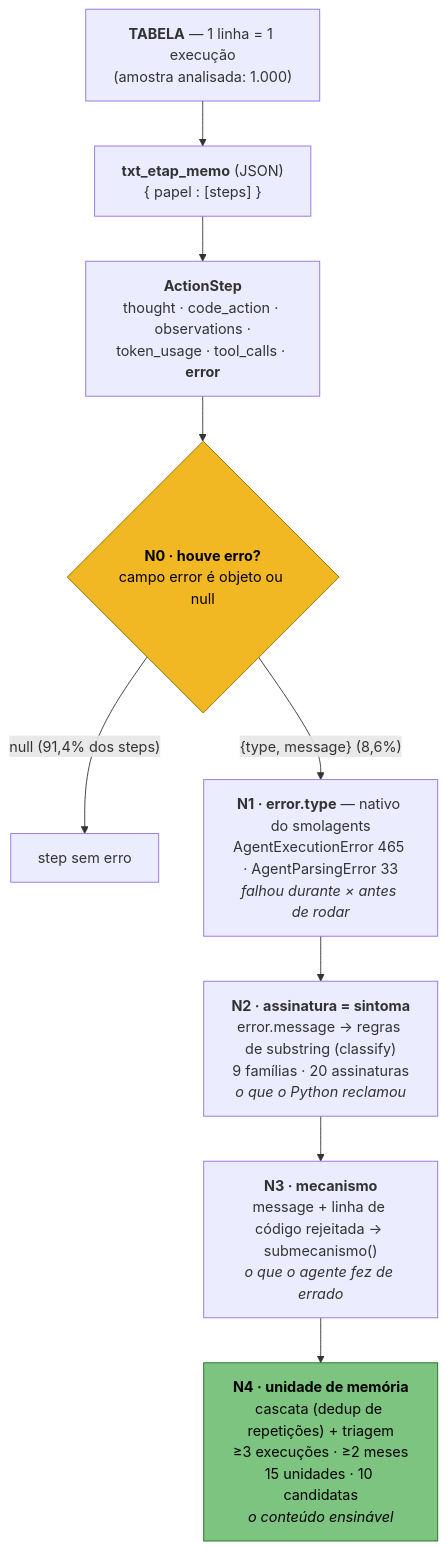
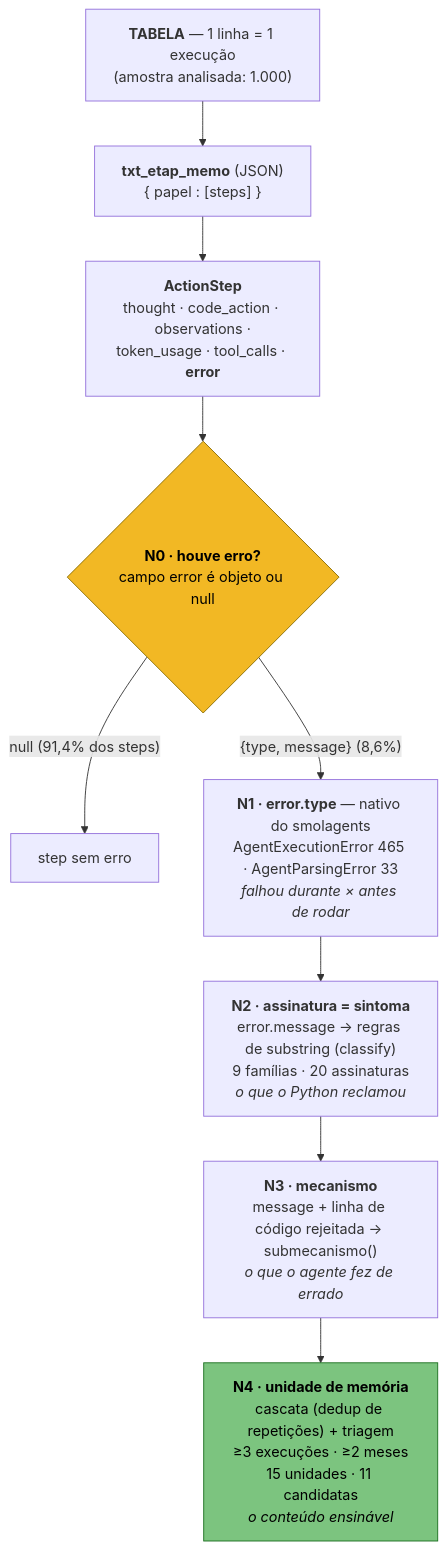
One commit to rc-ventura/memory_layer_ai_agents changed the diagram in analysis/schema-e-taxonomia-de-erros.md. Above: the diagram before and after it, drawn with Mermaid. The commit also changed other lines of this file and 14 other files, not shown here.

````diff
--- a/analysis/schema-e-taxonomia-de-erros.md
+++ b/analysis/schema-e-taxonomia-de-erros.md
@@ -101,13 +101,13 @@
 ```mermaid
 flowchart TD
     T["<b>TABELA</b> — 1 linha = 1 execução<br/>(amostra analisada: 1.000)"] --> M["<b>txt_etap_memo</b> (JSON)<br/>{ papel : [steps] }"]
     M --> AS["<b>ActionStep</b><br/>thought · code_action · observations ·<br/>token_usage · tool_calls · <b>error</b>"]
     AS --> N0{"<b>N0 · houve erro?</b><br/>campo error é objeto ou null"}
     N0 -- "null (91,4% dos steps)" --> OK["step sem erro"]
     N0 -- "{type, message} (8,6%)" --> N1["<b>N1 · error.type</b> — nativo do smolagents<br/>AgentExecutionError 465 · AgentParsingError 33<br/><i>falhou durante × antes de rodar</i>"]
     N1 --> N2["<b>N2 · assinatura = sintoma</b><br/>error.message → regras de substring (classify)<br/>9 famílias · 20 assinaturas<br/><i>o que o Python reclamou</i>"]
     N2 --> N3["<b>N3 · mecanismo</b><br/>message + linha de código rejeitada → submecanismo()<br/><i>o que o agente fez de errado</i>"]
-    N3 --> N4["<b>N4 · unidade de memória</b><br/>cascata (dedup de repetições) + triagem<br/>≥3 execuções · ≥2 meses<br/>15 unidades · 10 candidatas<br/><i>o conteúdo ensinável</i>"]
+    N3 --> N4["<b>N4 · unidade de memória</b><br/>cascata (dedup de repetições) + triagem<br/>≥3 execuções · ≥2 meses<br/>15 unidades · 11 candidatas<br/><i>o conteúdo ensinável</i>"]
     style N0 fill:#f2b824,stroke:#8a6d00,color:#000
     style N4 fill:#7cc47f,stroke:#1a6e1e,color:#000
 ```
````
